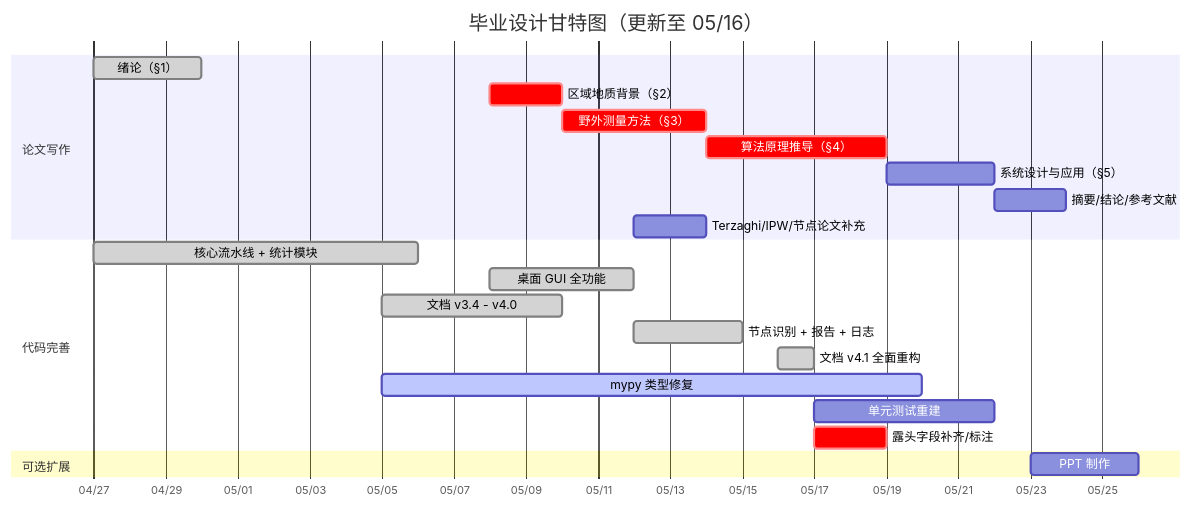
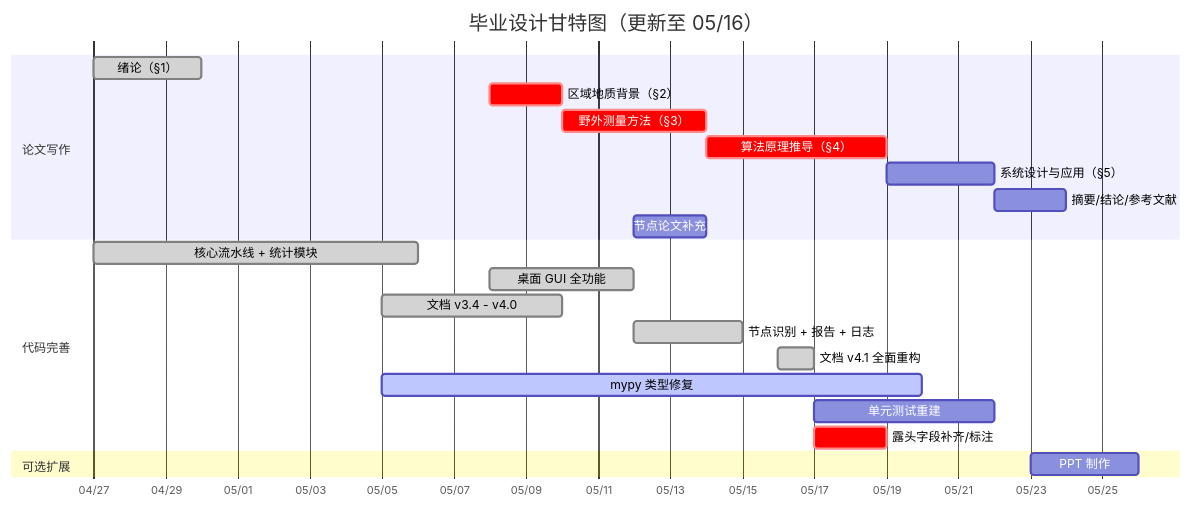
One commit to zylyes/TracePipeline changed the diagram in reference/毕业设计任务流程与预期成果.md. Above: the diagram before and after it, drawn with Mermaid. The commit also changed other lines of this file and 20 other files, not shown here.

````diff
--- a/reference/毕业设计任务流程与预期成果.md
+++ b/reference/毕业设计任务流程与预期成果.md
@@ -272,28 +275,28 @@
 ```mermaid
 gantt
     title 毕业设计甘特图（更新至 05/16）
     dateFormat  YYYY-MM-DD
     axisFormat  %m/%d
 
     section 论文写作
     绪论（§1）               :done, a0, 2026-04-27, 3d
     区域地质背景（§2）        :crit, a1, 2026-05-08, 2d
     野外测量方法（§3）        :crit, a2, 2026-05-10, 4d
     算法原理推导（§4）        :crit, a3, 2026-05-14, 5d
     系统设计与应用（§5）      :a4, 2026-05-19, 3d
     摘要/结论/参考文献        :a5, after a4, 2d
-    Terzaghi/IPW/节点论文补充  :b7, 2026-05-12, 2d
+    节点论文补充               :b7, 2026-05-12, 2d
 
     section 代码完善
     核心流水线 + 统计模块     :done, b0, 2026-04-27, 9d
     桌面 GUI 全功能           :done, b1, 2026-05-08, 4d
     文档 v3.4 - v4.0          :done, d0, 2026-05-05, 5d
     节点识别 + 报告 + 日志     :done, b2, 2026-05-12, 3d
     文档 v4.1 全面重构         :done, d1, 2026-05-16, 1d
     mypy 类型修复             :active, b6, 2026-05-05, 15d
     单元测试重建              :b4, 2026-05-17, 5d
     露头字段补齐/标注          :crit, d2, 2026-05-17, 2d
 
     section 可选扩展
     PPT 制作                  :c1, 2026-05-23, 3d
 ```
````
